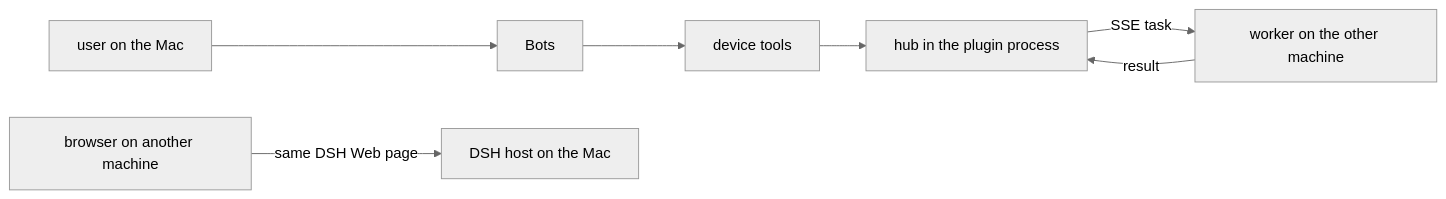
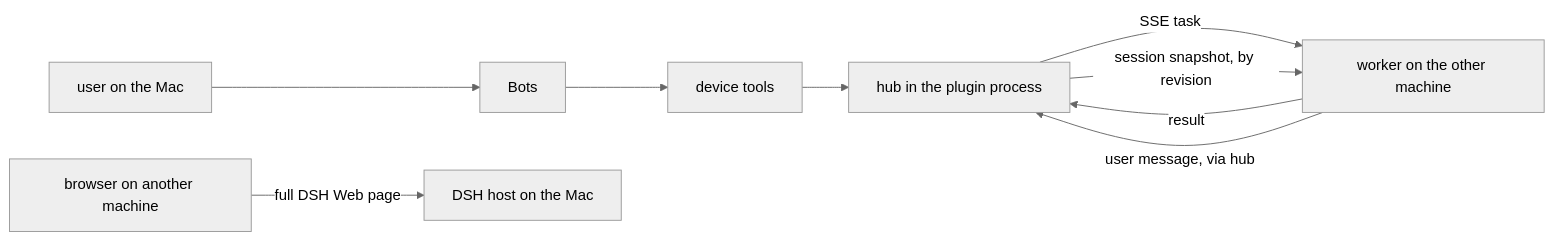
The diagram in ds-bot/src/host/multi-device/README.md (Fei2411/DS-Bot), drawn with Mermaid (neutral theme) before and after one commit. The commit also changed other lines of this file and 3 other files, not shown here.

````diff
--- a/ds-bot/src/host/multi-device/README.md
+++ b/ds-bot/src/host/multi-device/README.md
@@ -17,9 +26,11 @@
 ```mermaid
 flowchart LR
   U[user on the Mac] --> B[Bots]
   B --> T[device tools]
   T --> H[hub in the plugin process]
   H -- SSE task --> W[worker on the other machine]
   W -- result --> H
-  V[browser on another machine] -- same DSH Web page --> D[DSH host on the Mac]
+  H -- session snapshot, by revision --> W
+  W -- user message, via hub --> H
+  V[browser on another machine] -- full DSH Web page --> D[DSH host on the Mac]
 ```
````
